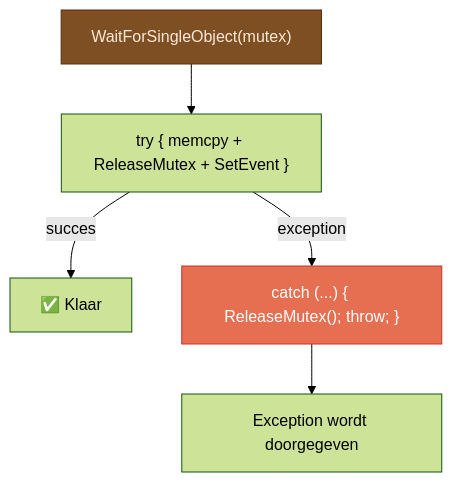
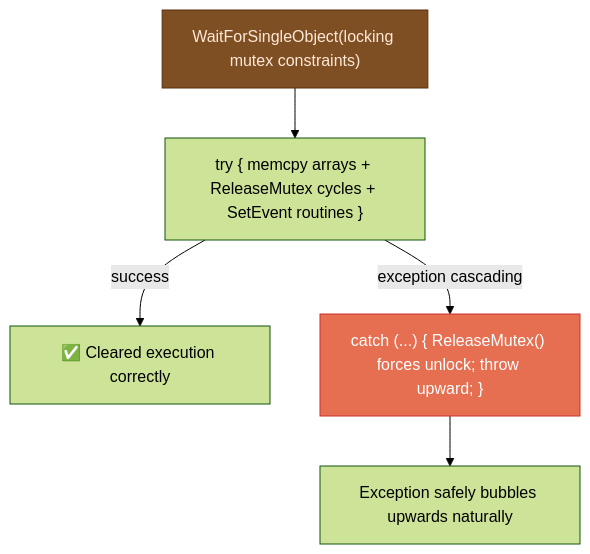
Diagram 18 of 23 in SharedValueV3_MemMap/ARCHITECTURE.md (snodeplannen/sharedvar), drawn with Mermaid (forest theme) before and after one commit. The commit also changed other lines of this file and 90 other files, not shown here.

````diff
--- a/SharedValueV3_MemMap/ARCHITECTURE.md
+++ b/SharedValueV3_MemMap/ARCHITECTURE.md
@@ -635,10 +634,10 @@
 ```mermaid
 flowchart TD
-    ACQ["WaitForSingleObject(mutex)"] --> TRY["try { memcpy + ReleaseMutex + SetEvent }"]
-    TRY -->|"succes"| DONE["✅ Klaar"]
-    TRY -->|"exception"| CATCH["catch (...) { ReleaseMutex(); throw; }"]
-    CATCH --> RETHROW["Exception wordt doorgegeven"]
+    ACQ["WaitForSingleObject(locking mutex constraints)"] --> TRY["try { memcpy arrays + ReleaseMutex cycles + SetEvent routines }"]
+    TRY -->|"success"| DONE["✅ Cleared execution correctly"]
+    TRY -->|"exception cascading"| CATCH["catch (...) { ReleaseMutex() forces unlock; throw upward; }"]
+    CATCH --> RETHROW["Exception safely bubbles upwards naturally"]
 
     style ACQ fill:#7f4f24,stroke:#582f0e,color:#ffe8d6
     style CATCH fill:#e76f51,stroke:#c9302c,color:#fff
 ```
````
